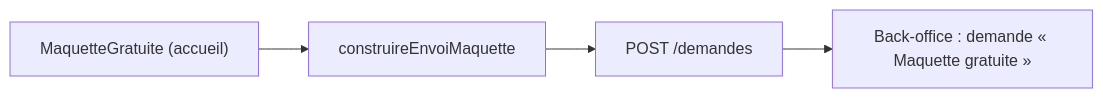
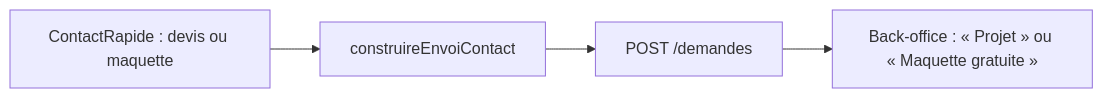
One commit to bsandoz79/bsandoz-site changed the second of 2 diagrams in docs/fonctionnalites/demande-de-devis.md. Above: the diagram before and after it, drawn with Mermaid. The commit also changed other lines of this file and 25 other files, not shown here.

Commit message:
style: accueil allégé, un seul formulaire (devis ou maquette gratuite)

````diff
--- a/docs/fonctionnalites/demande-de-devis.md
+++ b/docs/fonctionnalites/demande-de-devis.md
@@ -61,4 +61,4 @@
 ```mermaid
 flowchart LR
-  form["MaquetteGratuite (accueil)"] --> envoi["construireEnvoiMaquette"] --> api["POST /demandes"] --> bo["Back-office : demande « Maquette gratuite »"]
+  form["ContactRapide : devis ou maquette"] --> envoi["construireEnvoiContact"] --> api["POST /demandes"] --> bo["Back-office : « Projet » ou « Maquette gratuite »"]
 ```
````
